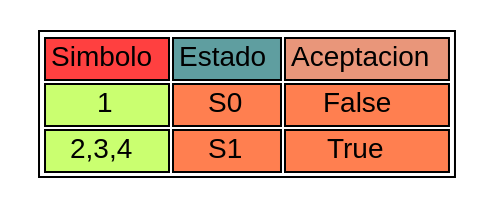
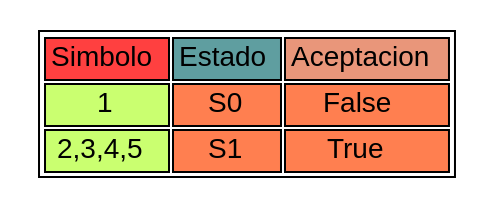
Before and after one commit to JulioFernandez99/Proyecto1_Compi1_201902416: the diagram in bin/Graficos/Grafico estados/Expresionregular1.dot, drawn with Graphviz. The commit also changed 90 other files, not shown here.

```diff
--- a/bin/Graficos/Grafico estados/Expresionregular1.dot
+++ b/bin/Graficos/Grafico estados/Expresionregular1.dot
@@ -1,6 +1,6 @@
 digraph {
   node [ shape=none fontname=Helvetica ]
  n1 [ label = <
 <table>
- <tr><td colspan="1" bgcolor="brown1">Simbolo</td> <td colspan="1" bgcolor="cadetblue">Estado</td><td colspan="1" bgcolor="darksalmon">Aceptacion</td></tr> <tr><td bgcolor="darkolivegreen1">1</td><td bgcolor="coral">S0</td> <td bgcolor="coral"> False </td></tr> <tr><td bgcolor="darkolivegreen1">2,3,4</td><td bgcolor="coral">S1</td> <td bgcolor="coral"> True </td></tr> </table>>]
+ <tr><td colspan="1" bgcolor="brown1">Simbolo</td> <td colspan="1" bgcolor="cadetblue">Estado</td><td colspan="1" bgcolor="darksalmon">Aceptacion</td></tr> <tr><td bgcolor="darkolivegreen1">1</td><td bgcolor="coral">S0</td> <td bgcolor="coral"> False </td></tr> <tr><td bgcolor="darkolivegreen1">2,3,4,5</td><td bgcolor="coral">S1</td> <td bgcolor="coral"> True </td></tr> </table>>]
 }
```
